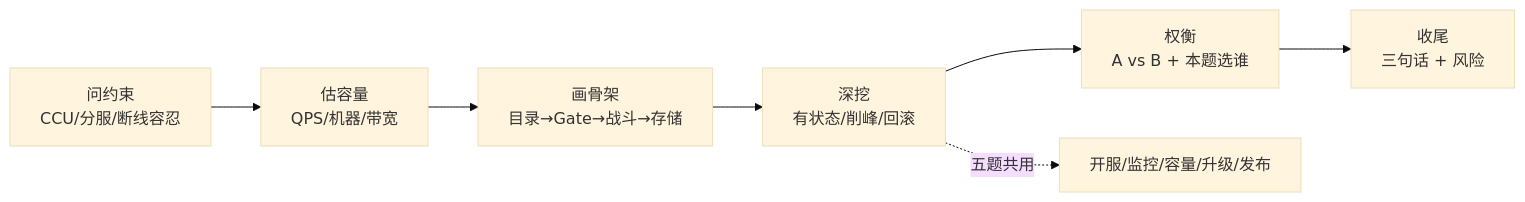
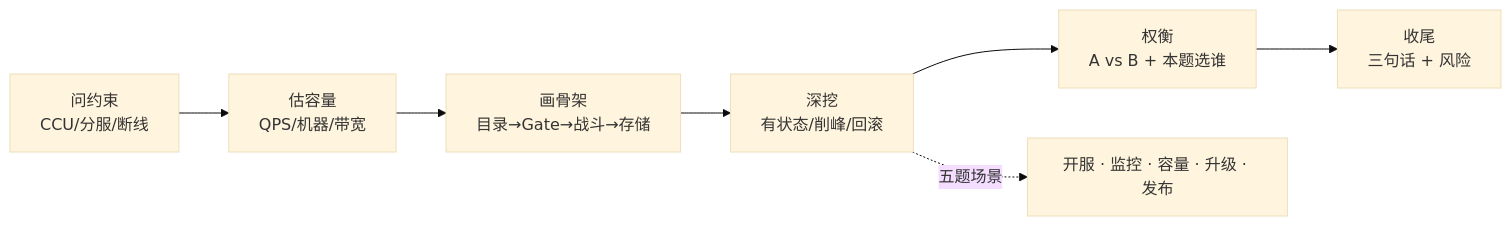
Before and after one commit to ml-cuizijun/LearnToLilith: the first of 7 diagrams in 10-面试综合与系统设计/03-游戏SRE系统设计实战/知识点.md, drawn with Mermaid (base theme). The commit also changed other lines of this file and 178 other files, not shown here.

````diff
--- a/10-面试综合与系统设计/03-游戏SRE系统设计实战/知识点.md
+++ b/10-面试综合与系统设计/03-游戏SRE系统设计实战/知识点.md
@@ -21,9 +14,9 @@
 ```mermaid
 flowchart LR
-    ASK["问约束<br/>CCU/分服/断线容忍"] --> EST["估容量<br/>QPS/机器/带宽"]
+    ASK["问约束<br/>CCU/分服/断线"] --> EST["估容量<br/>QPS/机器/带宽"]
     EST --> ARCH["画骨架<br/>目录→Gate→战斗→存储"]
     ARCH --> DEEP["深挖<br/>有状态/削峰/回滚"]
     DEEP --> TRADE["权衡<br/>A vs B + 本题选谁"]
     TRADE --> END["收尾<br/>三句话 + 风险"]
-    DEEP -.->|五题共用| FIVE["开服/监控/容量/升级/发布"]
+    DEEP -.->|五题场景| FIVE["开服 · 监控 · 容量 · 升级 · 发布"]
 ```
````
